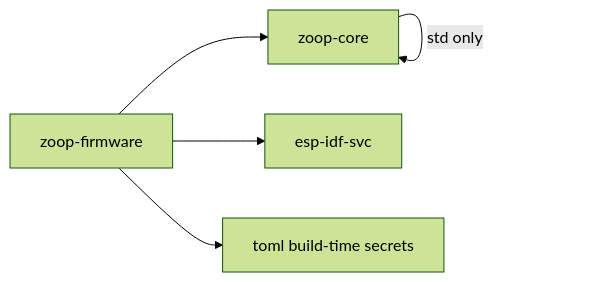
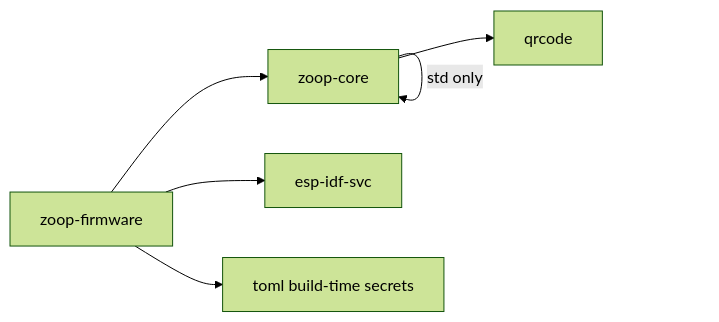
One commit to akashsoni01/zoop changed the fifth of 5 diagrams in docs/architecture.md. Above: the diagram before and after it, drawn with Mermaid (forest theme). The commit also changed other lines of this file and 28 other files, not shown here.

````diff
--- a/docs/architecture.md
+++ b/docs/architecture.md
@@ -152,12 +142,14 @@
 ```mermaid
 flowchart LR
   FW["zoop-firmware"]
   CORE["zoop-core"]
   IDF["esp-idf-svc"]
   TOML["toml build-time secrets"]
+  QRCRATE["qrcode"]
 
   FW --> CORE
   FW --> IDF
   FW --> TOML
+  CORE --> QRCRATE
   CORE --> |"std only"| CORE
 ```
````
